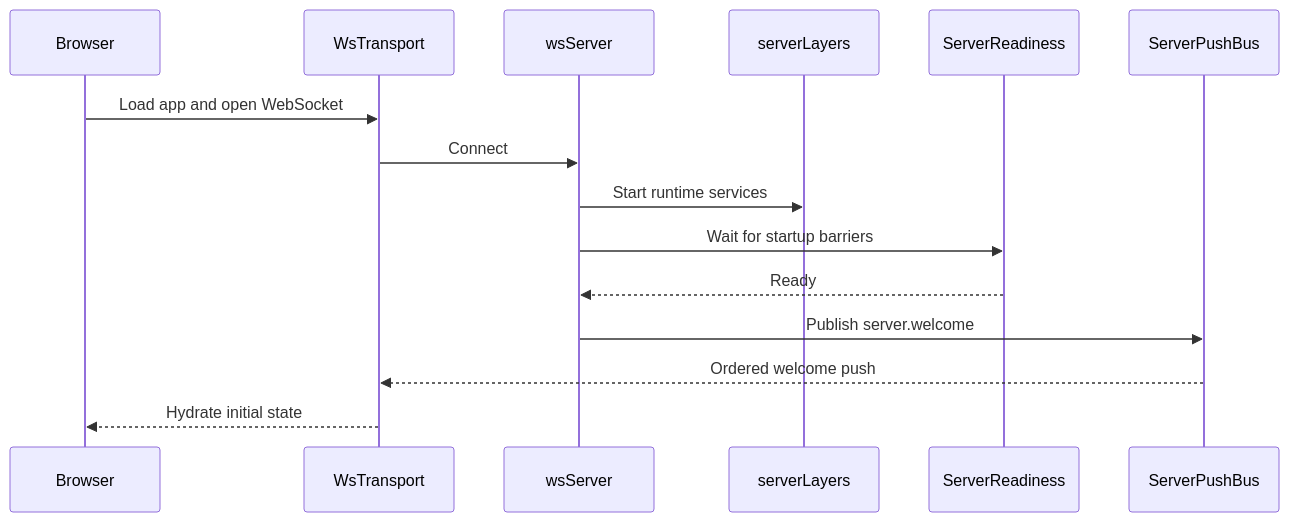
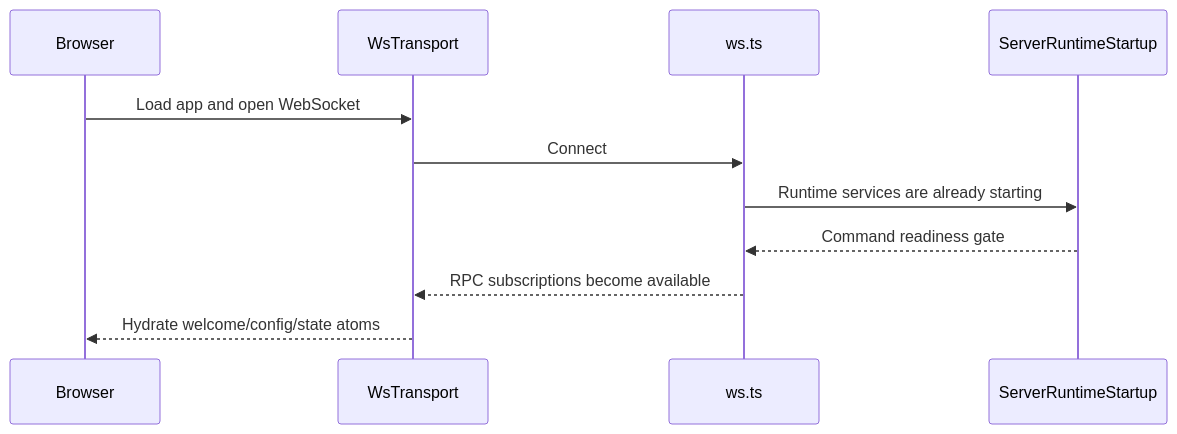
Before and after one commit to CaillouMalade/Atelier: the first of 3 diagrams in .docs/architecture.md, drawn with Mermaid. The commit also changed other lines of this file and 22 other files, not shown here.

````diff
--- a/.docs/architecture.md
+++ b/.docs/architecture.md
@@ -44,18 +43,14 @@
 ```mermaid
 sequenceDiagram
     participant Browser
     participant Transport as WsTransport
-    participant Server as wsServer
-    participant Layers as serverLayers
-    participant Ready as ServerReadiness
-    participant Push as ServerPushBus
+    participant Server as ws.ts
+    participant Runtime as ServerRuntimeStartup
 
     Browser->>Transport: Load app and open WebSocket
     Transport->>Server: Connect
-    Server->>Layers: Start runtime services
-    Server->>Ready: Wait for startup barriers
-    Ready-->>Server: Ready
-    Server->>Push: Publish server.welcome
-    Push-->>Transport: Ordered welcome push
-    Transport-->>Browser: Hydrate initial state
+    Server->>Runtime: Runtime services are already starting
+    Runtime-->>Server: Command readiness gate
+    Server-->>Transport: RPC subscriptions become available
+    Transport-->>Browser: Hydrate welcome/config/state atoms
 ```
````
